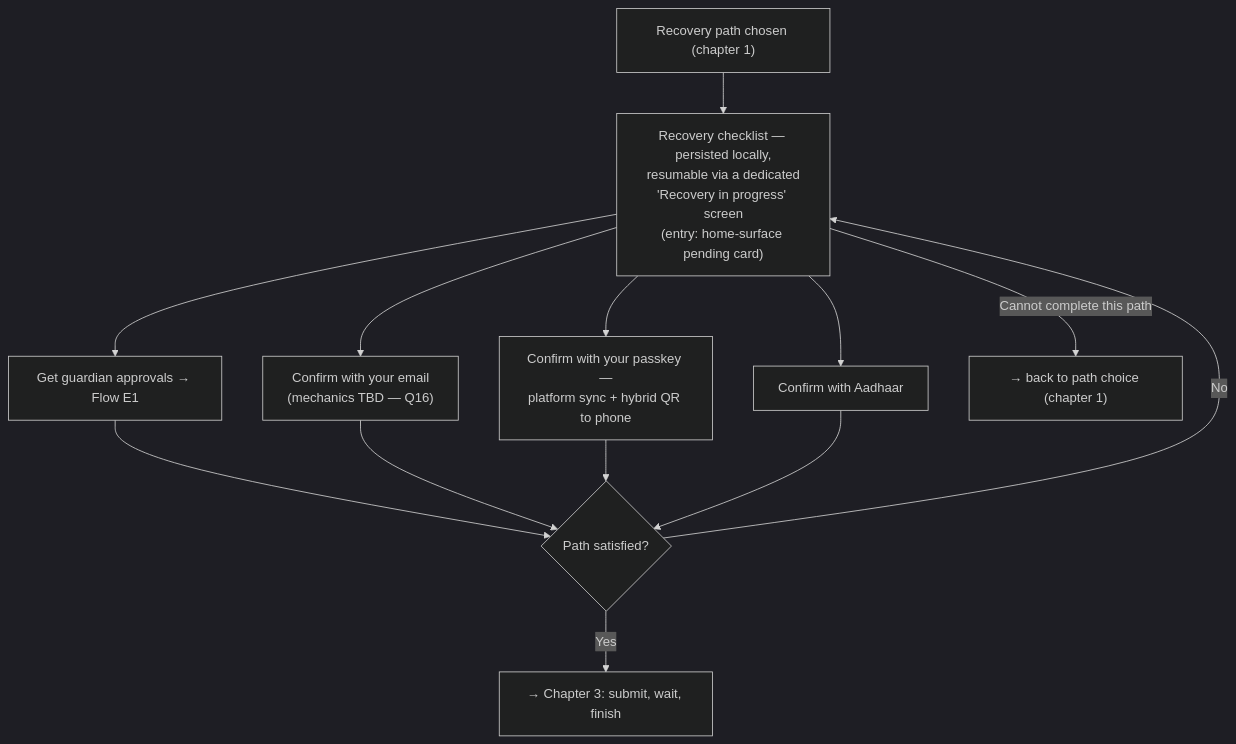
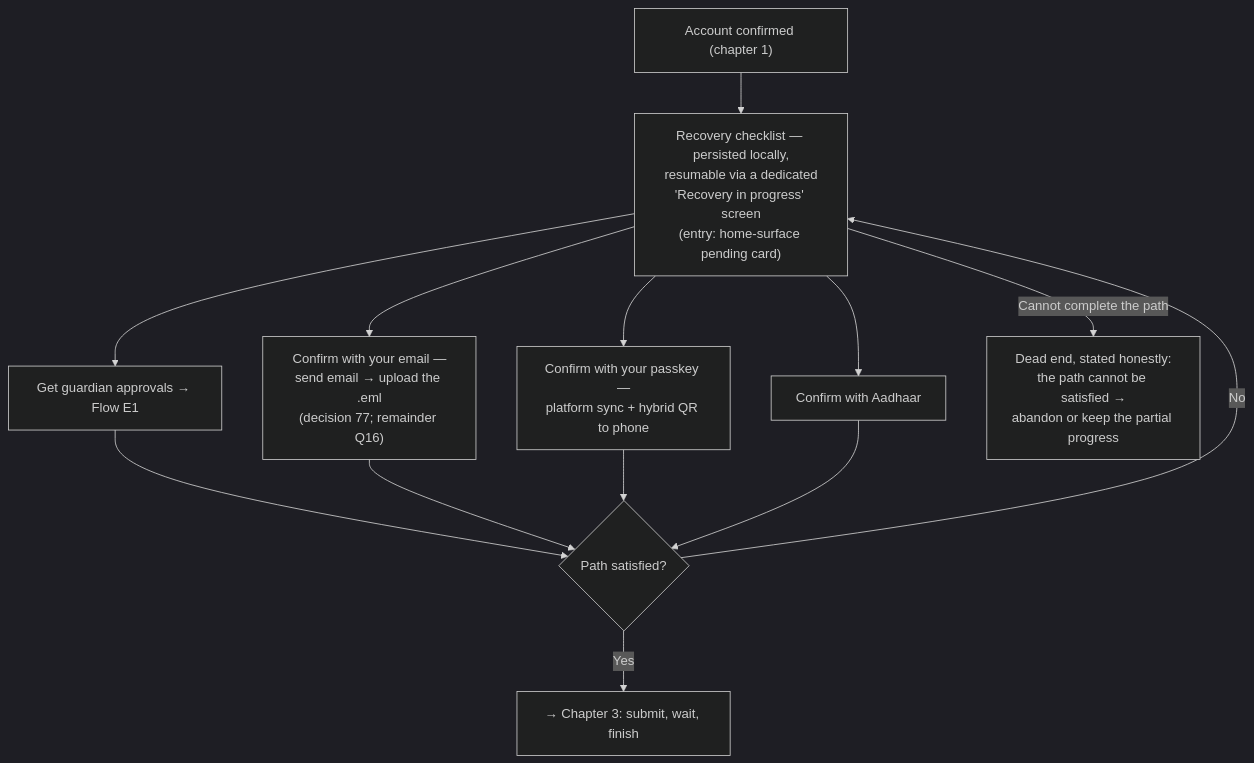
One commit to FiboAtWonder/kohaku-extension changed the sixth of 14 diagrams in social-recovery-ux-flows.md. Above: the diagram before and after it, drawn with Mermaid (dark theme). The commit also changed other lines of this file and 1 other file, not shown here.

Commit message:
docs: single-path model — decisions 73-78 (one recovery path, 24h floor, zk-email receive+upload, 4337 focus)

````diff
--- a/social-recovery-ux-flows.md
+++ b/social-recovery-ux-flows.md
@@ -287,17 +293,17 @@
 ```mermaid
 flowchart TD
-    F["Recovery path chosen (chapter 1)"] --> G["Recovery checklist — persisted locally,<br/>resumable via a dedicated<br/>'Recovery in progress' screen<br/>(entry: home-surface pending card)"]
+    F["Account confirmed (chapter 1)"] --> G["Recovery checklist — persisted locally,<br/>resumable via a dedicated<br/>'Recovery in progress' screen<br/>(entry: home-surface pending card)"]
     G --> G1[Get guardian approvals → Flow E1]
-    G --> G2["Confirm with your email<br/>(mechanics TBD — Q16)"]
+    G --> G2["Confirm with your email —<br/>send email → upload the .eml<br/>(decision 77; remainder Q16)"]
     G --> G3["Confirm with your passkey —<br/>platform sync + hybrid QR to phone"]
     G --> G4[Confirm with Aadhaar]
-    G -->|Cannot complete this path| SW["→ back to path choice (chapter 1)"]
+    G -->|Cannot complete the path| SW["Dead end, stated honestly:<br/>the path cannot be satisfied →<br/>abandon or keep the partial progress"]
     G1 --> H{"Path satisfied?"}
     G2 --> H
     G3 --> H
     G4 --> H
     H -- No --> G
     H -- Yes --> NEXT["→ Chapter 3: submit, wait, finish"]
 
     click G1 href "#flow-e1--sync-off-chain-signature-passing--default"
 ```
````
